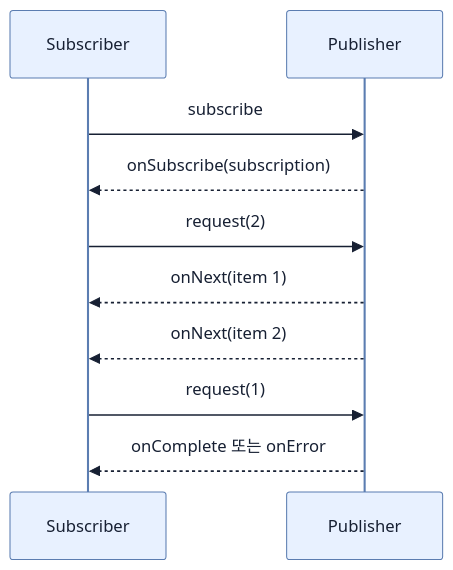
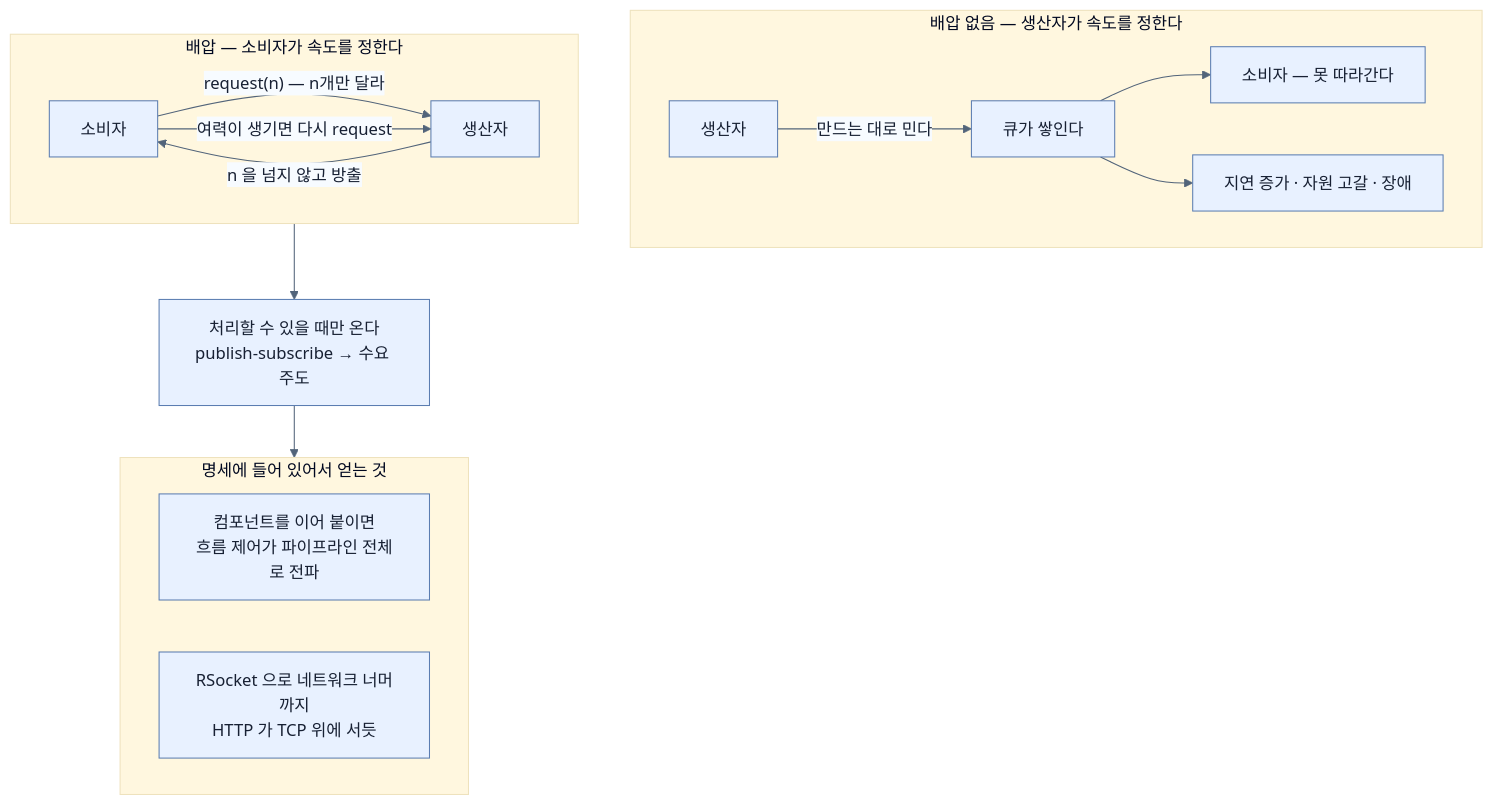
One commit to sing-u8/Learning_Spring_Boot_4 changed the diagram in spring-boot-4-pdf-notes/part-4-scaling-an-application-with-spring-boot/chapter-9-writing-reactive-web-controllers/01-reactive-programming-and-backpressure.md. Above: the diagram before and after it, drawn with Mermaid. The commit also changed other lines of this file and 253 other files, not shown here.

````diff
--- a/spring-boot-4-pdf-notes/part-4-scaling-an-application-with-spring-boot/chapter-9-writing-reactive-web-controllers/01-reactive-programming-and-backpressure.md
+++ b/spring-boot-4-pdf-notes/part-4-scaling-an-application-with-spring-boot/chapter-9-writing-reactive-web-controllers/01-reactive-programming-and-backpressure.md
@@ -28,13 +92,24 @@
 ```mermaid
 %%{init: {'theme': 'base', 'themeVariables': {'background': '#ffffff', 'primaryColor': '#e8f1ff', 'primaryTextColor': '#172033', 'primaryBorderColor': '#5b7db1', 'lineColor': '#52647a', 'secondaryColor': '#f7fbff', 'tertiaryColor': '#fff7df'}}}%%
-sequenceDiagram
-    participant S as Subscriber
-    participant P as Publisher
-    S->>P: subscribe
-    P-->>S: onSubscribe(subscription)
-    S->>P: request(2)
-    P-->>S: onNext(item 1)
-    P-->>S: onNext(item 2)
-    S->>P: request(1)
-    P-->>S: onComplete 또는 onError
+flowchart TB
+    subgraph PUSH["배압 없음 — 생산자가 속도를 정한다"]
+        P1["생산자"] -->|"만드는 대로 민다"| Q1["큐가 쌓인다"]
+        Q1 --> C1["소비자 — 못 따라간다"]
+        Q1 --> BAD["지연 증가 · 자원 고갈 · 장애"]
+    end
+
+    subgraph PULL["배압 — 소비자가 속도를 정한다"]
+        C2["소비자"] -->|"request(n) — n개만 달라"| P2["생산자"]
+        P2 -->|"n 을 넘지 않고 방출"| C2
+        C2 -->|"여력이 생기면 다시 request"| P2
+    end
+
+    PULL --> GOOD["처리할 수 있을 때만 온다<br/>publish-subscribe → 수요 주도"]
+
+    subgraph SPREAD["명세에 들어 있어서 얻는 것"]
+        S1["컴포넌트를 이어 붙이면<br/>흐름 제어가 파이프라인 전체로 전파"]
+        S2["RSocket 으로 네트워크 너머까지<br/>HTTP 가 TCP 위에 서듯"]
+    end
+
+    GOOD --> SPREAD
 ```
````
